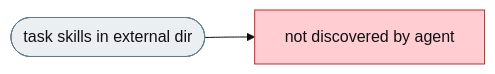
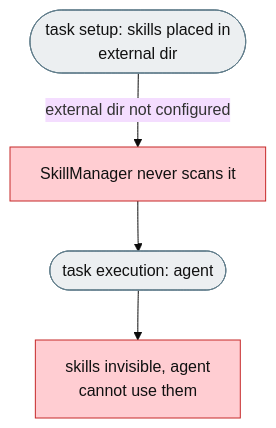
The first of 3 diagrams in docs-michael/issues/jiuwenswarm/0214-feat-external-skill-discovery.md (michaelatamuk/agentic-desk), drawn with Mermaid (base theme) before and after one commit. The commit also changed other lines of this file, not shown here.

````diff
--- a/docs-michael/issues/jiuwenswarm/0214-feat-external-skill-discovery.md
+++ b/docs-michael/issues/jiuwenswarm/0214-feat-external-skill-discovery.md
@@ -14,7 +14,9 @@
 ```mermaid
-flowchart LR
+flowchart TD
     classDef fail fill:#FFCDD2,color:#111,stroke:#C62828
     classDef plain fill:#ECEFF1,color:#111,stroke:#607D8B
-    SKILL(["task skills in external dir"]):::plain
-    SKILL --> INVISIBLE["not discovered by agent"]:::fail
+    SETUP(["task setup: skills placed in<br/>external dir"]):::plain
+    SETUP -->|"external dir not configured"| NODISC["SkillManager never scans it"]:::fail
+    NODISC --> RUN(["task execution: agent"]):::plain
+    RUN --> MISS["skills invisible, agent<br/>cannot use them"]:::fail
 ```
````
